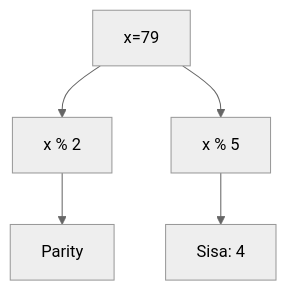
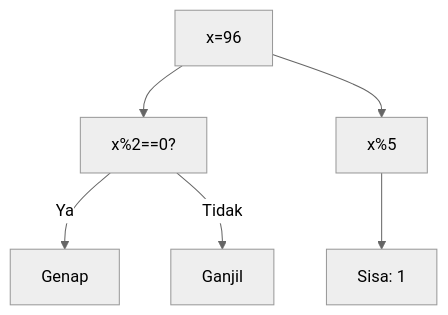
Diagram 17 of 25 in part-c-pemahaman-cpp/03-perulangan/latihan/set-01.md (amnahwaida/OSNK_INF_PREP), drawn with Mermaid (neutral theme) before and after one commit. The commit also changed other lines of this file and 71 other files, not shown here.

Commit message:
Fixed Mermaid syntax lexical errors with quoted labels in 1,800 questions

````diff
--- a/part-c-pemahaman-cpp/03-perulangan/latihan/set-01.md
+++ b/part-c-pemahaman-cpp/03-perulangan/latihan/set-01.md
@@ -536,7 +532,8 @@
 ```mermaid
 graph TD
-A[x=79] --> B[x % 2]
-B --> C[Parity]
-A --> D[x % 5]
-D --> E[Sisa: 4]
+A["x=96"] --> B["x%2==0?"]
+B -- Ya --> C["Genap"]
+B -- Tidak --> D["Ganjil"]
+A --> E["x%5"]
+E --> F["Sisa: 1"]
 ```
````
